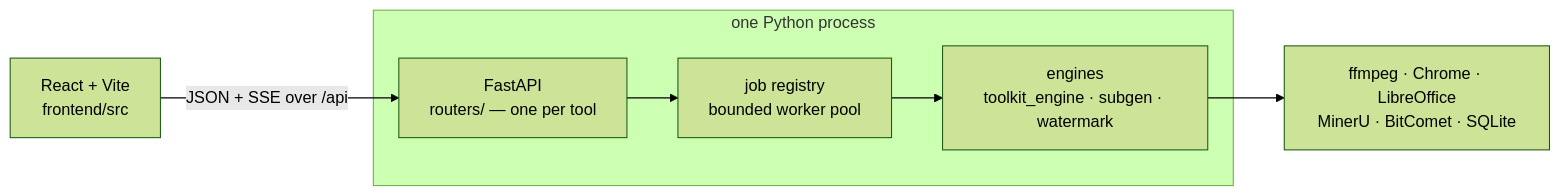
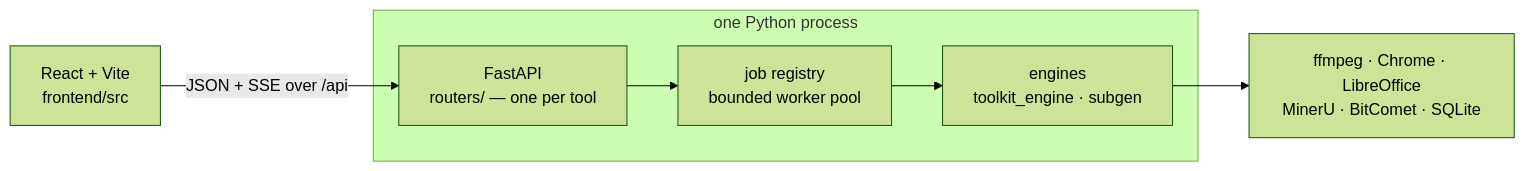
The first of 3 diagrams in README.md (WainingCeoi/toolkit), drawn with Mermaid (forest theme) before and after one commit. The commit also changed other lines of this file and 38 other files, not shown here.

````diff
--- a/README.md
+++ b/README.md
@@ -65,12 +64,12 @@
 ```mermaid
 flowchart LR
     UI["React + Vite<br/>frontend/src"]
     subgraph one["one Python process"]
         API["FastAPI<br/>routers/ — one per tool"]
         REG["job registry<br/>bounded worker pool"]
-        ENG["engines<br/>toolkit_engine · subgen · watermark"]
+        ENG["engines<br/>toolkit_engine · subgen"]
     end
     EXT["ffmpeg · Chrome · LibreOffice<br/>MinerU · BitComet · SQLite"]
     UI -- "JSON + SSE over /api" --> API
     API --> REG --> ENG --> EXT
 ```
````
